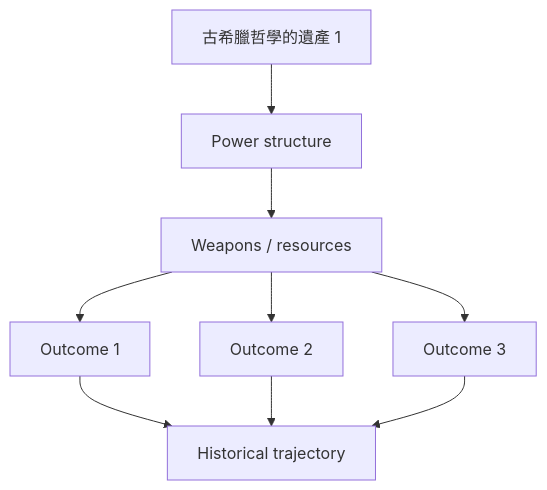
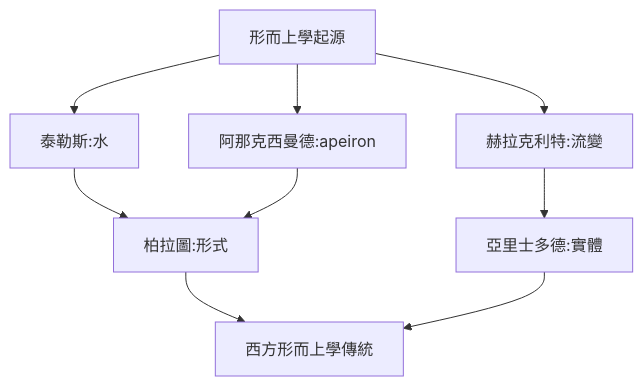
One commit to yip-lgtm/HKU-Harvard-History-Self-Study changed the first of 10 diagrams in 02_Harvard_Courses/Fall_Courses/Hist20A_Western_Intellectual_History.md. Above: the diagram before and after it, drawn with Mermaid. The commit also changed other lines of this file and 65 other files, not shown here.

````diff
--- a/02_Harvard_Courses/Fall_Courses/Hist20A_Western_Intellectual_History.md
+++ b/02_Harvard_Courses/Fall_Courses/Hist20A_Western_Intellectual_History.md
@@ -107,11 +104,11 @@
 ```mermaid
 graph TD
-    A[古希臘哲學的遺產 1] --> B[Power structure]
-    B --> C[Weapons / resources]
-    C --> D[Outcome 1]
-    C --> E[Outcome 2]
-    C --> F[Outcome 3]
-    D --> G[Historical trajectory]
-    E --> G
+    A[形而上學起源] --> B[泰勒斯:水]
+    A --> C[阿那克西曼德:apeiron]
+    A --> D[赫拉克利特:流變]
+    B --> E[柏拉圖:形式]
+    C --> E
+    D --> F[亞里士多德:實體]
+    E --> G[西方形而上學傳統]
     F --> G
 ```
````
